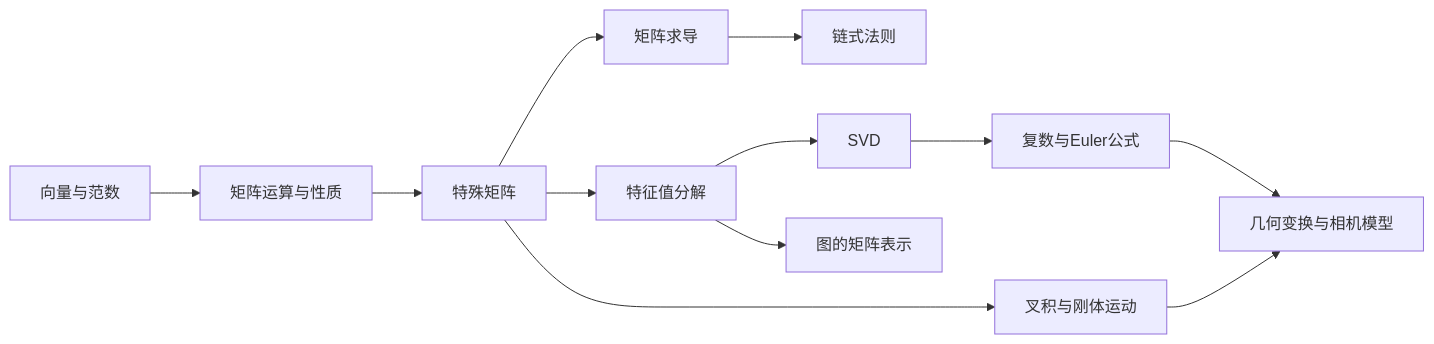
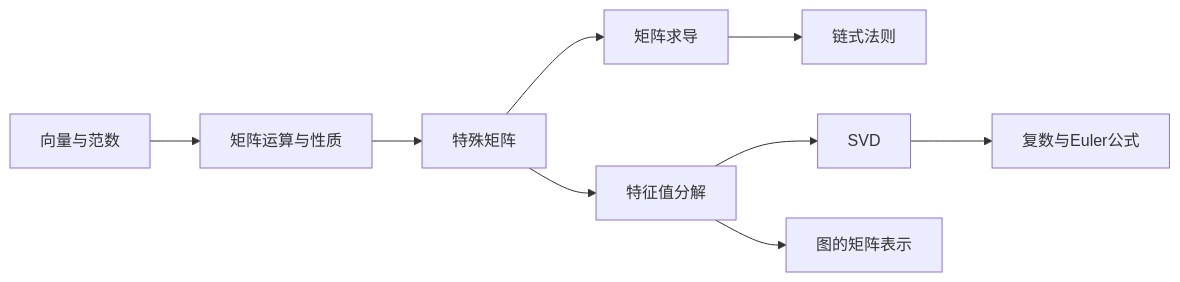
The diagram in docs/01-math/linear-algebra/index.md (Yaoyaolingbro/hello-dl), drawn with Mermaid before and after one commit. The commit also changed other lines of this file and 6 other files, not shown here.

````diff
--- a/docs/01-math/linear-algebra/index.md
+++ b/docs/01-math/linear-algebra/index.md
@@ -7,14 +7,11 @@
 ```mermaid
 graph LR
     A[向量与范数] --> B[矩阵运算与性质]
     B --> C[特殊矩阵]
     C --> D[矩阵求导]
     D --> E[链式法则]
     C --> F[特征值分解]
     F --> G[SVD]
     G --> H[复数与Euler公式]
-    C --> I[叉积与刚体运动]
-    H --> J[几何变换与相机模型]
-    I --> J
     F --> K[图的矩阵表示]
 ```
````
